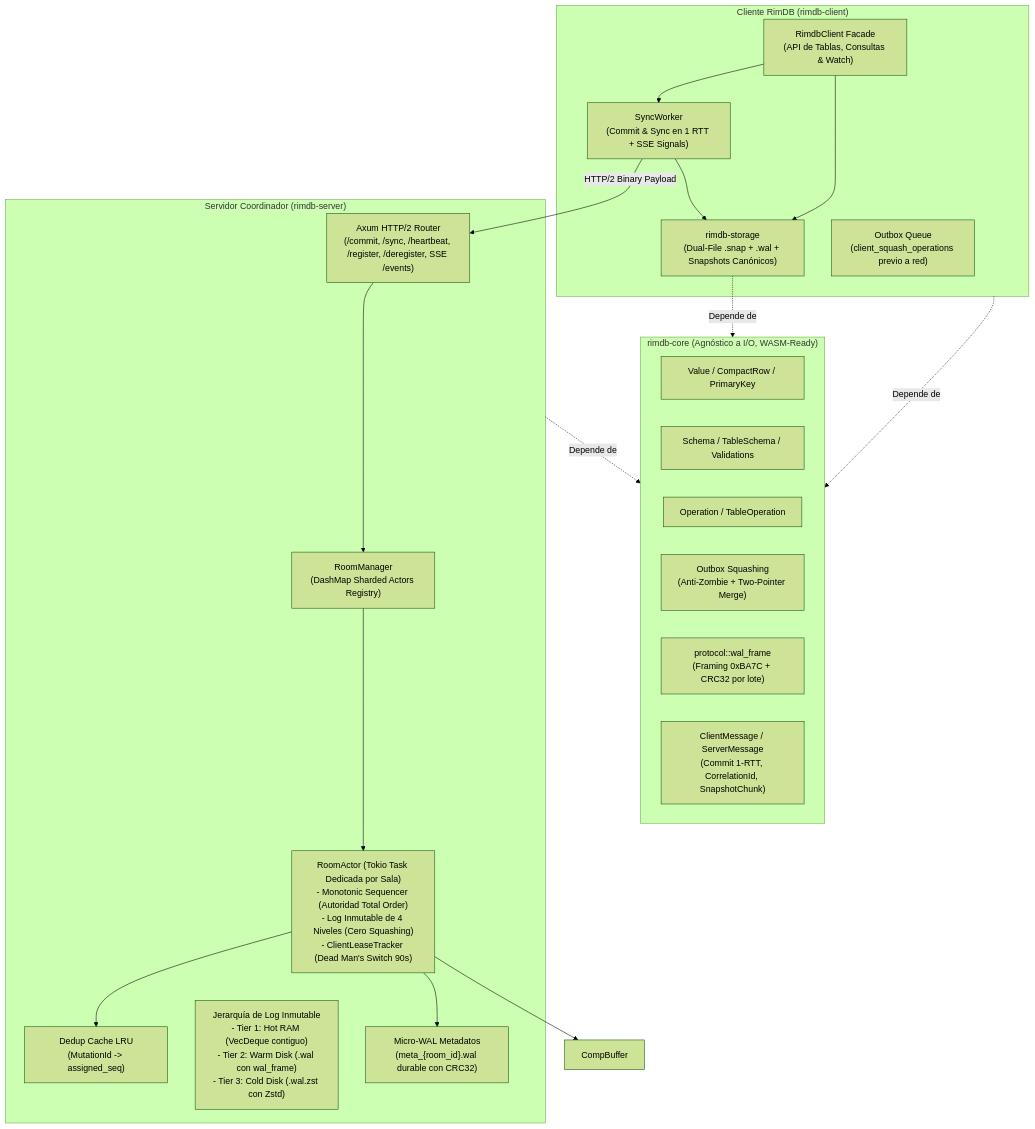
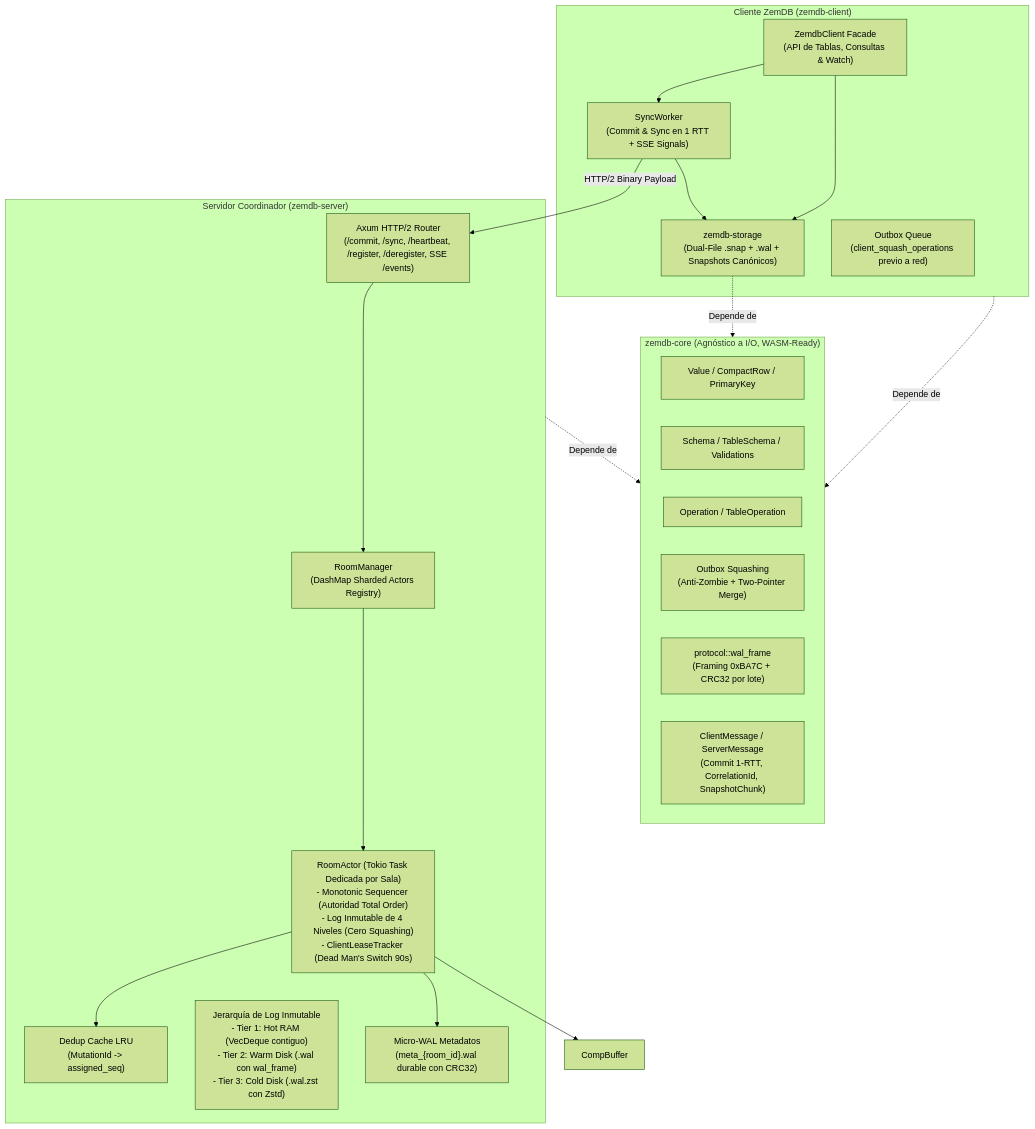
Before and after one commit to sanrome/zemdb: the diagram in ROADMAP.md, drawn with Mermaid (forest theme). The commit also changed other lines of this file and 67 other files, not shown here.

````diff
--- a/ROADMAP.md
+++ b/ROADMAP.md
@@ -156,40 +156,40 @@
 ```mermaid
 flowchart TD
-    subgraph Client["Cliente RimDB (rimdb-client)"]
-        API["RimdbClient Facade<br/>(API de Tablas, Consultas & Watch)"]
+    subgraph Client["Cliente ZemDB (zemdb-client)"]
+        API["ZemdbClient Facade<br/>(API de Tablas, Consultas & Watch)"]
         SyncWorker["SyncWorker<br/>(Commit & Sync en 1 RTT + SSE Signals)"]
-        Store["rimdb-storage<br/>(Dual-File .snap + .wal + Snapshots Canónicos)"]
+        Store["zemdb-storage<br/>(Dual-File .snap + .wal + Snapshots Canónicos)"]
         Outbox["Outbox Queue<br/>(client_squash_operations previo a red)"]
     end
 
-    subgraph Core["rimdb-core (Agnóstico a I/O, WASM-Ready)"]
+    subgraph Core["zemdb-core (Agnóstico a I/O, WASM-Ready)"]
         Types["Value / CompactRow / PrimaryKey"]
         SchemaMod["Schema / TableSchema / Validations"]
         OpMod["Operation / TableOperation"]
         SquashMod["Outbox Squashing<br/>(Anti-Zombie + Two-Pointer Merge)"]
         WalFrame["protocol::wal_frame<br/>(Framing 0xBA7C + CRC32 por lote)"]
         ProtoMod["ClientMessage / ServerMessage<br/>(Commit 1-RTT, CorrelationId, SnapshotChunk)"]
     end
 
-    subgraph Server["Servidor Coordinador (rimdb-server)"]
+    subgraph Server["Servidor Coordinador (zemdb-server)"]
         AxumRouter["Axum HTTP/2 Router<br/>(/commit, /sync, /heartbeat, /register, /deregister, SSE /events)"]
         RoomManager["RoomManager<br/>(DashMap Sharded Actors Registry)"]
         DedupCache["Dedup Cache LRU<br/>(MutationId -> assigned_seq)"]
         RoomActor["RoomActor (Tokio Task Dedicada por Sala)<br/>- Monotonic Sequencer (Autoridad Total Order)<br/>- Log Inmutable de 4 Niveles (Cero Squashing)<br/>- ClientLeaseTracker (Dead Man's Switch 90s)"]
         LogTiers["Jerarquía de Log Inmutable<br/>- Tier 1: Hot RAM (VecDeque contiguo)<br/>- Tier 2: Warm Disk (.wal con wal_frame)<br/>- Tier 3: Cold Disk (.wal.zst con Zstd)"]
         MicroWAL["Micro-WAL Metadatos<br/>(meta_{room_id}.wal durable con CRC32)"]
     end
 
     API --> SyncWorker
     API --> Store
     SyncWorker --> Store
     Client -.->|Depende de| Core
     Server -.->|Depende de| Core
     Store -.->|Depende de| Core
     SyncWorker -->|HTTP/2 Binary Payload| AxumRouter
     AxumRouter --> RoomManager
     RoomManager --> RoomActor
     RoomActor --> DedupCache
     RoomActor --> CompBuffer
     RoomActor --> MicroWAL
 ```
````
